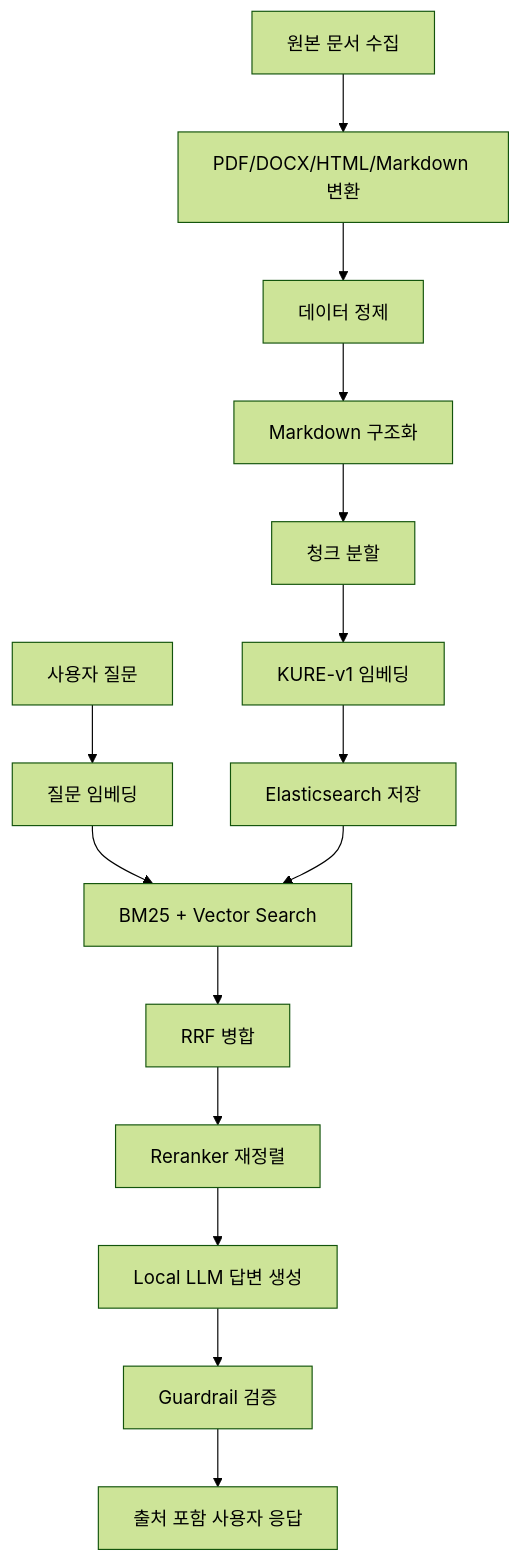
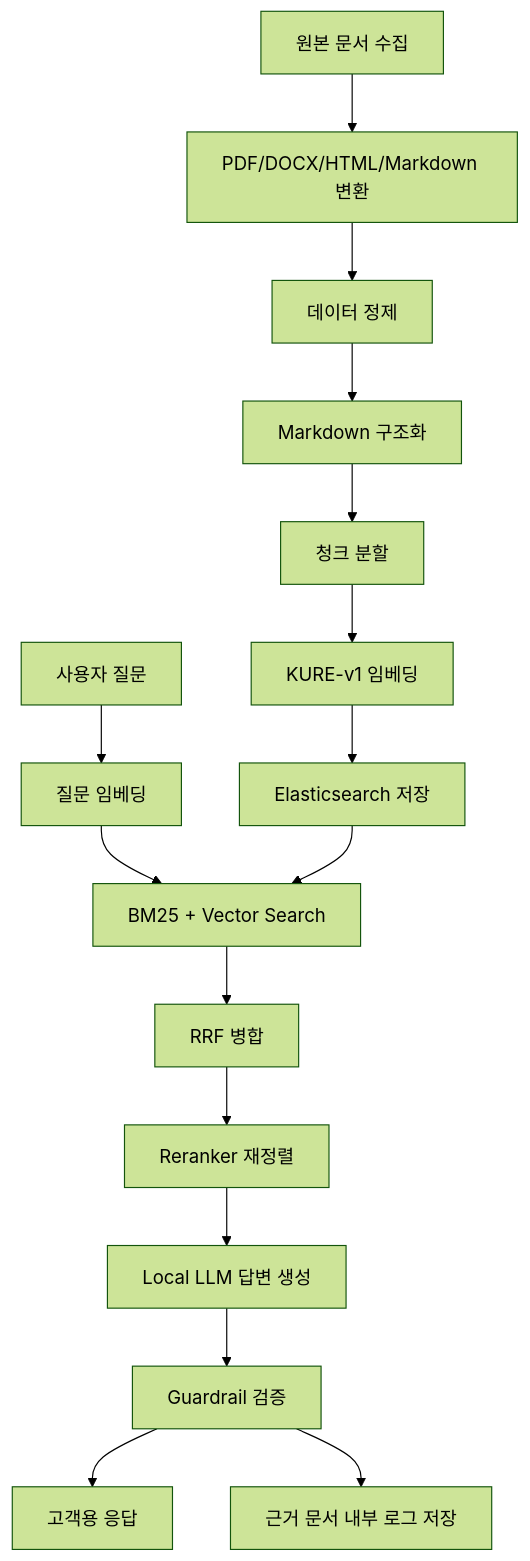
Before and after one commit to BNK-InsightLab-RCB/BNK_Bot: the second of 2 diagrams in README.md, drawn with Mermaid (forest theme). The commit also changed other lines of this file, not shown here.

````diff
--- a/README.md
+++ b/README.md
@@ -65,17 +64,18 @@
 ```mermaid
 flowchart TD
     A["원본 문서 수집"] --> B["PDF/DOCX/HTML/Markdown 변환"]
     B --> C["데이터 정제"]
     C --> D["Markdown 구조화"]
     D --> E["청크 분할"]
     E --> F["KURE-v1 임베딩"]
     F --> G["Elasticsearch 저장"]
     H["사용자 질문"] --> I["질문 임베딩"]
     I --> J["BM25 + Vector Search"]
     G --> J
     J --> K["RRF 병합"]
     K --> L["Reranker 재정렬"]
     L --> M["Local LLM 답변 생성"]
     M --> N["Guardrail 검증"]
-    N --> O["출처 포함 사용자 응답"]
+    N --> O["고객용 응답"]
+    N --> P["근거 문서 내부 로그 저장"]
 ```
````
